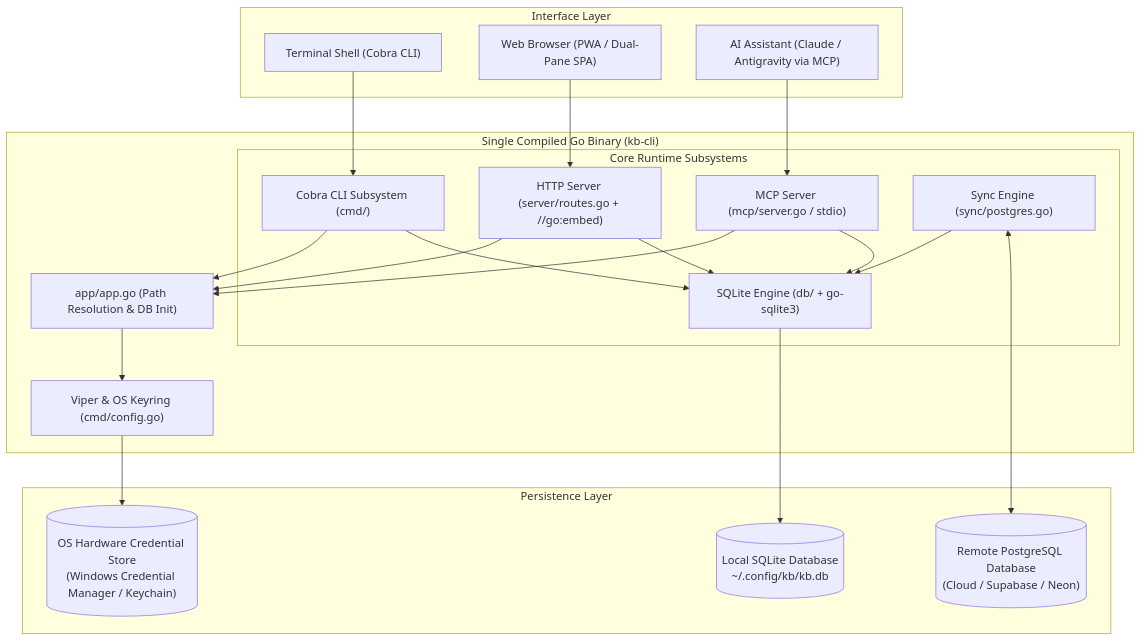
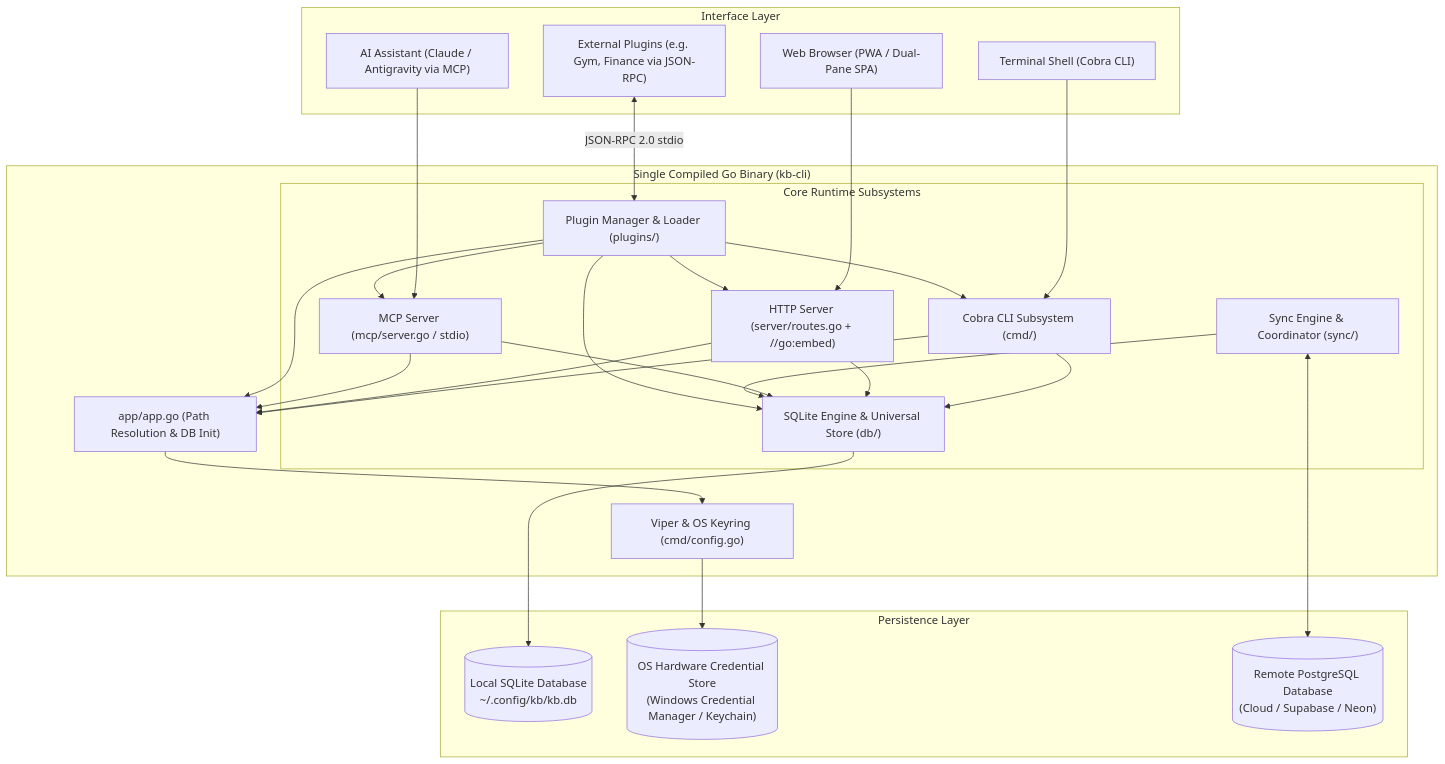
One commit to tsusheel/kb-cli changed the first of 2 diagrams in docs/01-system-architecture.md. Above: the diagram before and after it, drawn with Mermaid. The commit also changed other lines of this file and 26 other files, not shown here.

````diff
--- a/docs/01-system-architecture.md
+++ b/docs/01-system-architecture.md
@@ -14,46 +15,55 @@
 ```mermaid
 graph TB
     subgraph ClientInterfaces ["Interface Layer"]
         CLI["Terminal Shell (Cobra CLI)"]
         WebPWA["Web Browser (PWA / Dual-Pane SPA)"]
         AIAgent["AI Assistant (Claude / Antigravity via MCP)"]
+        ExtPlugins["External Plugins (e.g. Gym, Finance via JSON-RPC)"]
     end
 
     subgraph BinaryCore ["Single Compiled Go Binary (kb-cli)"]
         Init["app/app.go (Path Resolution & DB Init)"]
         Config["Viper & OS Keyring (cmd/config.go)"]
         
         subgraph Subsystems ["Core Runtime Subsystems"]
             CmdSub["Cobra CLI Subsystem (cmd/)"]
             WebSub["HTTP Server (server/routes.go + //go:embed)"]
             MCPSub["MCP Server (mcp/server.go / stdio)"]
-            SyncSub["Sync Engine (sync/postgres.go)"]
-            DBSub["SQLite Engine (db/ + go-sqlite3)"]
+            SyncSub["Sync Engine & Coordinator (sync/)"]
+            PluginSub["Plugin Manager & Loader (plugins/)"]
+            DBSub["SQLite Engine & Universal Store (db/)"]
         end
     end
 
     subgraph StorageLayer ["Persistence Layer"]
         SQLiteFile[("Local SQLite Database<br/>~/.config/kb/kb.db")]
         KeyringStore[("OS Hardware Credential Store<br/>(Windows Credential Manager / Keychain)")]
         CloudPostgres[("Remote PostgreSQL Database<br/>(Cloud / Supabase / Neon)")]
     end
 
     CLI --> CmdSub
     WebPWA --> WebSub
     AIAgent --> MCPSub
+    ExtPlugins <-->|JSON-RPC 2.0 stdio| PluginSub
 
     CmdSub --> Init
     WebSub --> Init
     MCPSub --> Init
+    PluginSub --> Init
 
     Init --> Config
     Config --> KeyringStore
 
     CmdSub --> DBSub
     WebSub --> DBSub
     MCPSub --> DBSub
     SyncSub --> DBSub
+    PluginSub --> DBSub
+
+    PluginSub --> MCPSub
+    PluginSub --> WebSub
+    PluginSub --> CmdSub
 
     DBSub --> SQLiteFile
     SyncSub <--> CloudPostgres
 ```
````
